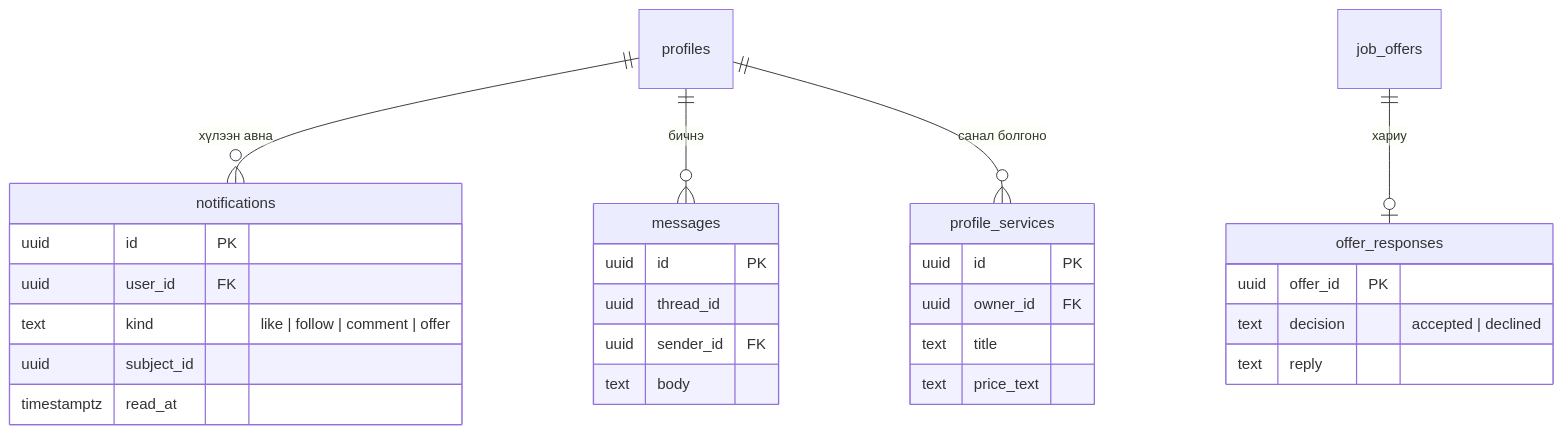
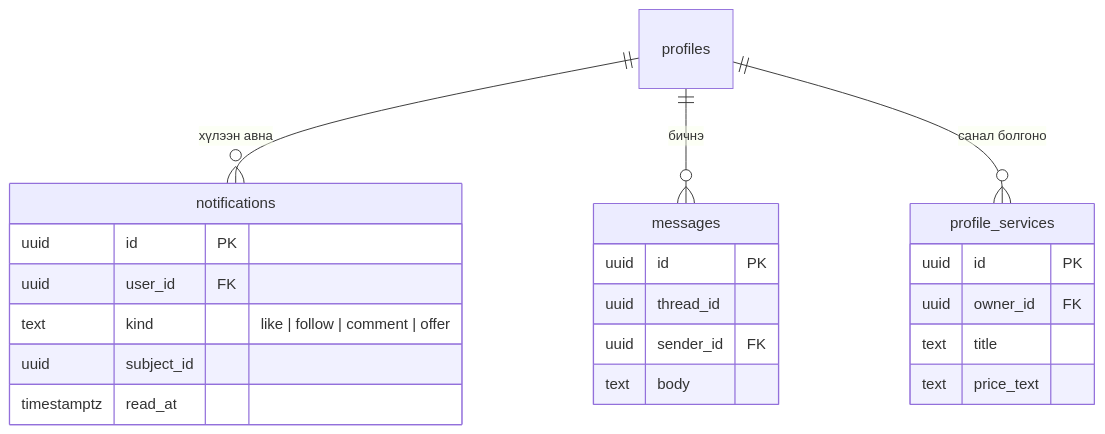
The second of 2 diagrams in docs/diagrams/03-erd.md (bdncr/project_x), drawn with Mermaid before and after one commit. The commit also changed other lines of this file and 30 other files, not shown here.

First line of the commit message:
Add offer responses, following, avatars, and comment-lock enforcement

````diff
--- a/docs/diagrams/03-erd.md
+++ b/docs/diagrams/03-erd.md
@@ -169,32 +172,26 @@
 ```mermaid
 erDiagram
   profiles ||--o{ notifications : "хүлээн авна"
   profiles ||--o{ messages : "бичнэ"
-  job_offers ||--o| offer_responses : "хариу"
   profiles ||--o{ profile_services : "санал болгоно"
 
   notifications {
     uuid id PK
     uuid user_id FK
     text kind "like | follow | comment | offer"
     uuid subject_id
     timestamptz read_at
   }
   messages {
     uuid id PK
     uuid thread_id
     uuid sender_id FK
     text body
   }
-  offer_responses {
-    uuid offer_id PK
-    text decision "accepted | declined"
-    text reply
-  }
   profile_services {
     uuid id PK
     uuid owner_id FK
     text title
     text price_text
   }
 ```
````
